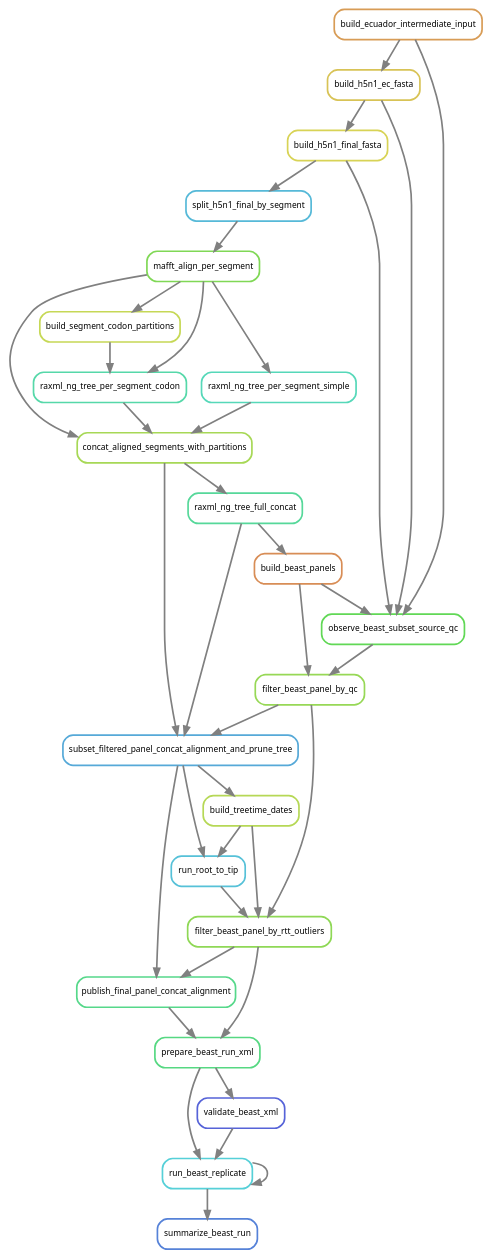
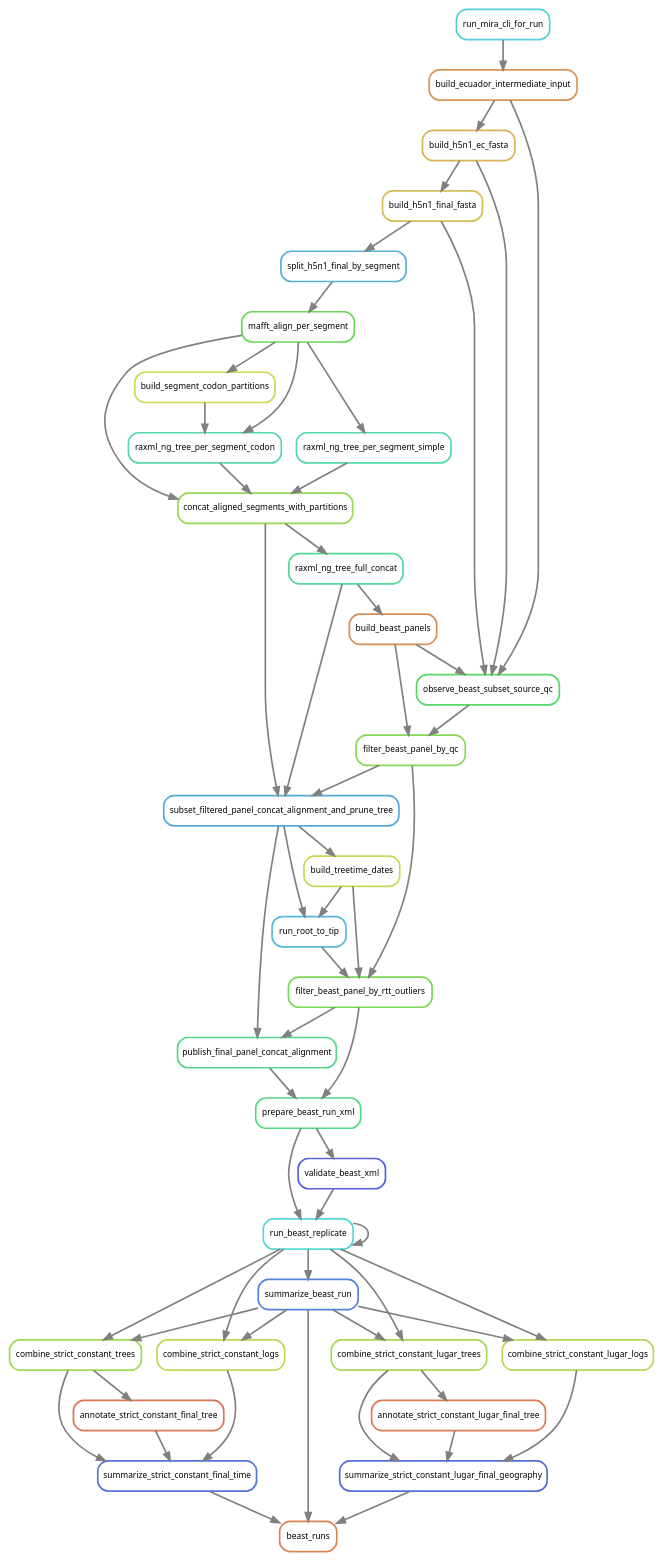
One commit to Sebysemily/Flu changed the diagram in analysis/pipeline_rulegraph.dot. Above: the diagram before and after it, drawn with Graphviz. The commit also changed 40 other files, not shown here.

```diff
--- a/analysis/pipeline_rulegraph.dot
+++ b/analysis/pipeline_rulegraph.dot
@@ -1,64 +1,94 @@
 digraph snakemake_dag {
     graph[bgcolor=white, margin=0];
     node[shape=box, style=rounded, fontname=sans,                 fontsize=10, penwidth=2];
     edge[penwidth=2, color=grey];
+	0[label = "beast_runs", color = "0.06 0.6 0.85", style="rounded"];
 	1[label = "summarize_beast_run", color = "0.61 0.6 0.85", style="rounded"];
-	2[label = "run_beast_replicate", color = "0.51 0.6 0.85", style="rounded"];
+	2[label = "run_beast_replicate", color = "0.50 0.6 0.85", style="rounded"];
 	3[label = "prepare_beast_run_xml", color = "0.39 0.6 0.85", style="rounded"];
-	4[label = "filter_beast_panel_by_rtt_outliers", color = "0.26 0.6 0.85", style="rounded"];
-	5[label = "filter_beast_panel_by_qc", color = "0.25 0.6 0.85", style="rounded"];
+	4[label = "filter_beast_panel_by_rtt_outliers", color = "0.29 0.6 0.85", style="rounded"];
+	5[label = "filter_beast_panel_by_qc", color = "0.27 0.6 0.85", style="rounded"];
 	6[label = "build_beast_panels", color = "0.07 0.6 0.85", style="rounded"];
 	7[label = "raxml_ng_tree_full_concat", color = "0.42 0.6 0.85", style="rounded"];
-	8[label = "concat_aligned_segments_with_partitions", color = "0.23 0.6 0.85", style="rounded"];
-	9[label = "mafft_align_per_segment", color = "0.28 0.6 0.85", style="rounded"];
-	10[label = "split_h5n1_final_by_segment", color = "0.54 0.6 0.85", style="rounded"];
-	11[label = "build_h5n1_final_fasta", color = "0.16 0.6 0.85", style="rounded"];
-	12[label = "build_h5n1_ec_fasta", color = "0.14 0.6 0.85", style="rounded"];
-	13[label = "build_ecuador_intermediate_input", color = "0.09 0.6 0.85", style="rounded"];
-	14[label = "raxml_ng_tree_per_segment_codon", color = "0.44 0.6 0.85", style="rounded"];
-	15[label = "build_segment_codon_partitions", color = "0.19 0.6 0.85", style="rounded"];
-	16[label = "raxml_ng_tree_per_segment_simple", color = "0.46 0.6 0.85", style="rounded"];
-	17[label = "observe_beast_subset_source_qc", color = "0.32 0.6 0.85", style="rounded"];
-	18[label = "run_root_to_tip", color = "0.53 0.6 0.85", style="rounded"];
-	19[label = "subset_filtered_panel_concat_alignment_and_prune_tree", color = "0.56 0.6 0.85", style="rounded"];
-	20[label = "build_treetime_dates", color = "0.21 0.6 0.85", style="rounded"];
-	21[label = "publish_final_panel_concat_alignment", color = "0.40 0.6 0.85", style="rounded"];
-	22[label = "validate_beast_xml", color = "0.65 0.6 0.85", style="rounded"];
+	8[label = "concat_aligned_segments_with_partitions", color = "0.25 0.6 0.85", style="rounded"];
+	9[label = "mafft_align_per_segment", color = "0.31 0.6 0.85", style="rounded"];
+	10[label = "split_h5n1_final_by_segment", color = "0.55 0.6 0.85", style="rounded"];
+	11[label = "build_h5n1_final_fasta", color = "0.13 0.6 0.85", style="rounded"];
+	12[label = "build_h5n1_ec_fasta", color = "0.12 0.6 0.85", style="rounded"];
+	13[label = "build_ecuador_intermediate_input", color = "0.08 0.6 0.85", style="rounded"];
+	14[label = "run_mira_cli_for_run", color = "0.51 0.6 0.85", style="rounded"];
+	15[label = "raxml_ng_tree_per_segment_codon", color = "0.44 0.6 0.85", style="rounded"];
+	16[label = "build_segment_codon_partitions", color = "0.18 0.6 0.85", style="rounded"];
+	17[label = "raxml_ng_tree_per_segment_simple", color = "0.45 0.6 0.85", style="rounded"];
+	18[label = "observe_beast_subset_source_qc", color = "0.35 0.6 0.85", style="rounded"];
+	19[label = "run_root_to_tip", color = "0.54 0.6 0.85", style="rounded"];
+	20[label = "subset_filtered_panel_concat_alignment_and_prune_tree", color = "0.56 0.6 0.85", style="rounded"];
+	21[label = "build_treetime_dates", color = "0.19 0.6 0.85", style="rounded"];
+	22[label = "publish_final_panel_concat_alignment", color = "0.40 0.6 0.85", style="rounded"];
+	23[label = "validate_beast_xml", color = "0.65 0.6 0.85", style="rounded"];
+	24[label = "summarize_strict_constant_final_time", color = "0.63 0.6 0.85", style="rounded"];
+	25[label = "combine_strict_constant_logs", color = "0.20 0.6 0.85", style="rounded"];
+	26[label = "combine_strict_constant_trees", color = "0.24 0.6 0.85", style="rounded"];
+	27[label = "annotate_strict_constant_final_tree", color = "0.04 0.6 0.85", style="rounded"];
+	28[label = "summarize_strict_constant_lugar_final_geography", color = "0.64 0.6 0.85", style="rounded"];
+	29[label = "combine_strict_constant_lugar_logs", color = "0.21 0.6 0.85", style="rounded"];
+	30[label = "combine_strict_constant_lugar_trees", color = "0.23 0.6 0.85", style="rounded"];
+	31[label = "annotate_strict_constant_lugar_final_tree", color = "0.05 0.6 0.85", style="rounded"];
+	1 -> 0
+	28 -> 0
+	24 -> 0
 	2 -> 1
+	3 -> 2
+	23 -> 2
 	2 -> 2
-	3 -> 2
-	22 -> 2
 	4 -> 3
-	21 -> 3
-	18 -> 4
-	20 -> 4
+	22 -> 3
+	19 -> 4
+	21 -> 4
 	5 -> 4
+	18 -> 5
 	6 -> 5
-	17 -> 5
 	7 -> 6
 	8 -> 7
-	14 -> 8
 	9 -> 8
-	16 -> 8
+	15 -> 8
+	17 -> 8
 	10 -> 9
 	11 -> 10
 	12 -> 11
 	13 -> 12
-	9 -> 14
-	15 -> 14
+	14 -> 13
 	9 -> 15
+	16 -> 15
 	9 -> 16
-	11 -> 17
-	13 -> 17
-	6 -> 17
-	12 -> 17
-	19 -> 18
-	20 -> 18
-	7 -> 19
-	8 -> 19
-	5 -> 19
-	19 -> 20
-	19 -> 21
-	4 -> 21
-	3 -> 22
+	9 -> 17
+	12 -> 18
+	13 -> 18
+	11 -> 18
+	6 -> 18
+	21 -> 19
+	20 -> 19
+	7 -> 20
+	8 -> 20
+	5 -> 20
+	20 -> 21
+	4 -> 22
+	20 -> 22
+	3 -> 23
+	25 -> 24
+	26 -> 24
+	27 -> 24
+	2 -> 25
+	1 -> 25
+	2 -> 26
+	1 -> 26
+	26 -> 27
+	30 -> 28
+	31 -> 28
+	29 -> 28
+	2 -> 29
+	1 -> 29
+	2 -> 30
+	1 -> 30
+	30 -> 31
 }            
```
